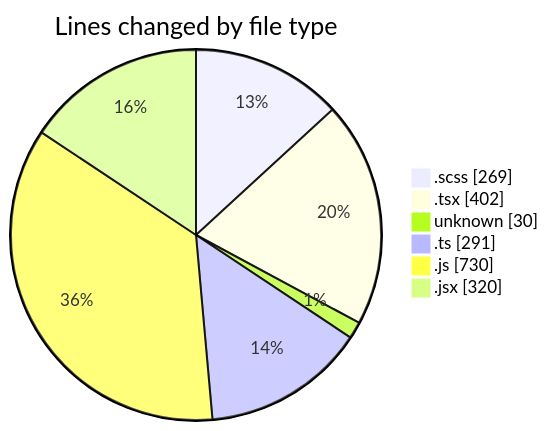
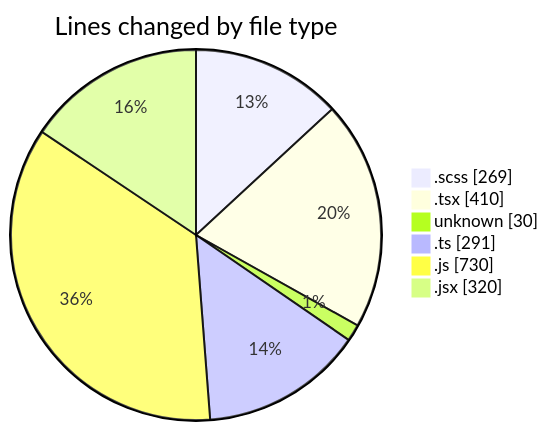
Before and after one commit to momahboobian/code-tracking: the first of 2 diagrams in 2025-03-05/cda/README.md, drawn with Mermaid. The commit also changed other lines of this file and 1 other file, not shown here.

````diff
--- a/2025-03-05/cda/README.md
+++ b/2025-03-05/cda/README.md
@@ -38,10 +38,10 @@
 ```mermaid
 pie showData
 title Lines changed by file type
 ".scss" : 269
-".tsx" : 402
+".tsx" : 410
 "unknown" : 30
 ".ts" : 291
 ".js" : 730
 ".jsx" : 320
 ```
````
